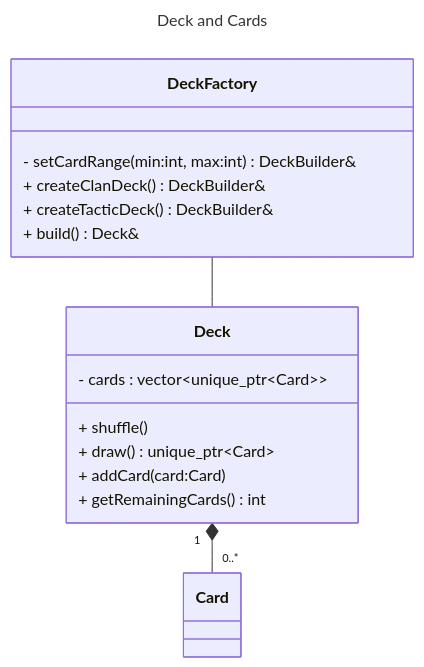
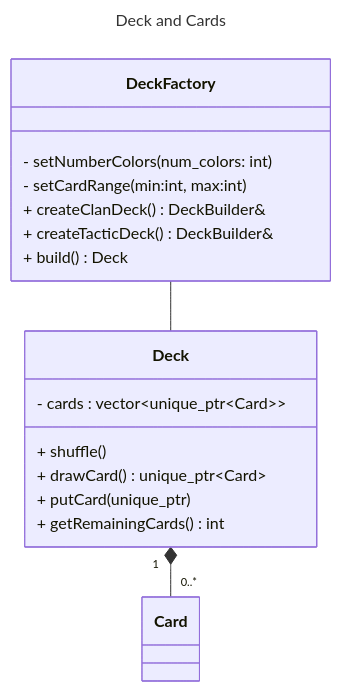
One commit to kilaposhi/Schotten-Totten changed the first of 3 diagrams in documentation/rapport_2.md. Above: the diagram before and after it, drawn with Mermaid. The commit also changed other lines of this file and 13 other files, not shown here.

````diff
--- a/documentation/rapport_2.md
+++ b/documentation/rapport_2.md
@@ -15,24 +15,27 @@
 ```mermaid
 ---
 title : Deck and Cards
 ---
 classDiagram
 
-DeckFactory -- Deck
-Deck "1" *-- "0..*" Card
-class DeckFactory{
-- setCardRange(min:int, max:int) DeckBuilder&
-+ createClanDeck() DeckBuilder&
-+ createTacticDeck() DeckBuilder&
-+ build() Deck&
-}
+    DeckFactory -- Deck
+    Deck "1" *-- "0..*" Card
+    
+    class DeckFactory{
+        - setNumberColors(num_colors: int)
+        - setCardRange(min:int, max:int)
+        + createClanDeck() DeckBuilder&
+        + createTacticDeck() DeckBuilder&
+        + build() Deck
+    }
 
-class Deck{
-- cards : vector~unique_ptr~Card~~
-+ shuffle()
-+ draw() unique_ptr~Card~
-+ addCard(card:Card)
-+ getRemainingCards() int
-}
+    class Deck{
+        - cards : vector~unique_ptr~Card~~
+        + shuffle()
+        + drawCard() unique_ptr~Card~
+        + putCard(unique_ptr<Card>)
+        + getRemainingCards() int
+    }
+
 
 ```
````
